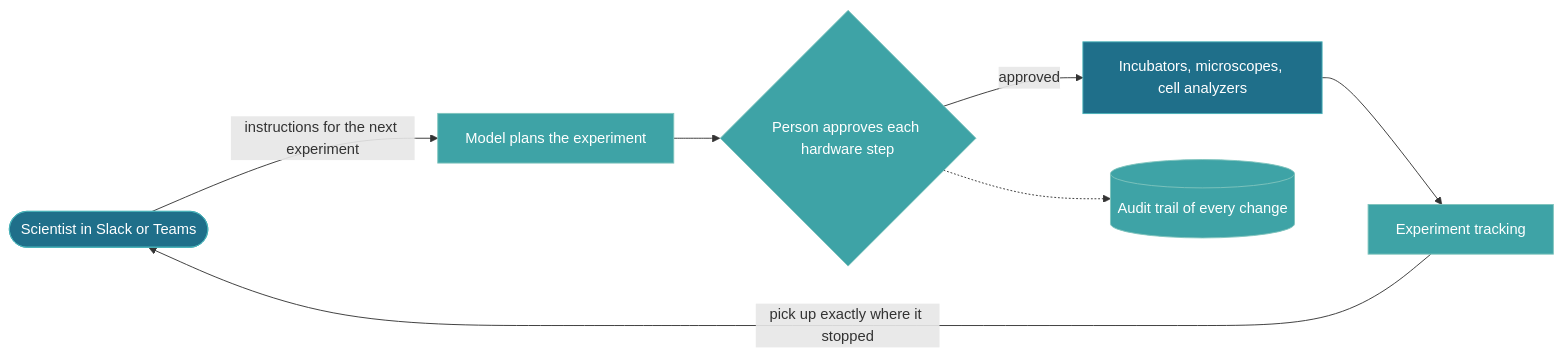
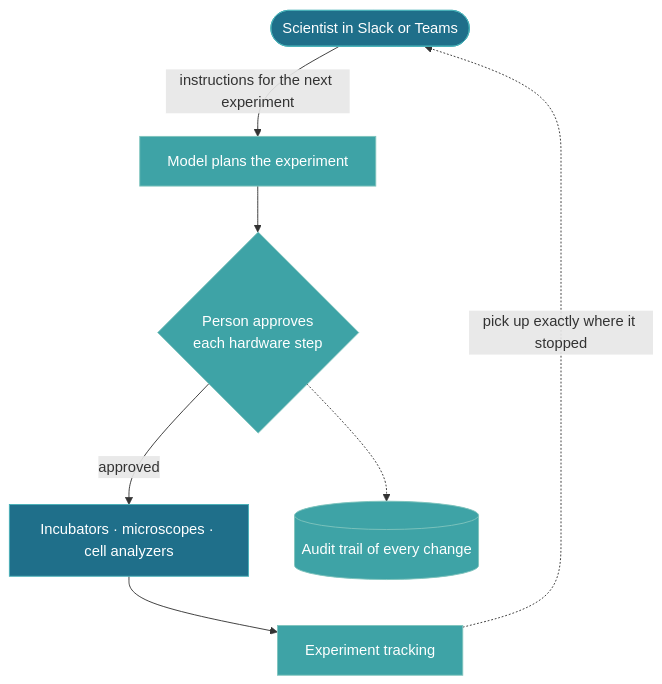
One commit to iamsaad640/iamsaad640 changed the diagram in README.md. Above: the diagram before and after it, drawn with Mermaid. The commit also changed other lines of this file, not shown here.

Commit message:
fix(profile): encode skill icon list and simplify lab agent diagram

````diff
--- a/README.md
+++ b/README.md
@@ -43,14 +41,14 @@
 ```mermaid
-flowchart LR
+flowchart TB
     S(["Scientist in Slack or Teams"]) -- "instructions for the next experiment" --> P["Model plans the experiment"]
-    P --> A{"Person approves each hardware step"}
-    A -- approved --> H["Incubators, microscopes, cell analyzers"]
+    P --> A{"Person approves<br/>each hardware step"}
+    A -- approved --> H["Incubators · microscopes · cell analyzers"]
+    A -.-> L[("Audit trail of every change")]
     H --> T["Experiment tracking"]
-    T -- "pick up exactly where it stopped" --> S
-    A -.-> L[("Audit trail of every change")]
+    T -. "pick up exactly where it stopped" .-> S
 
     classDef teal fill:#1f6f8a,stroke:#48b1b8,color:#ffffff
     classDef soft fill:#3ea3a6,stroke:#7fc4bd,color:#ffffff
     class S,H teal
     class P,A,T,L soft
 ```
````
